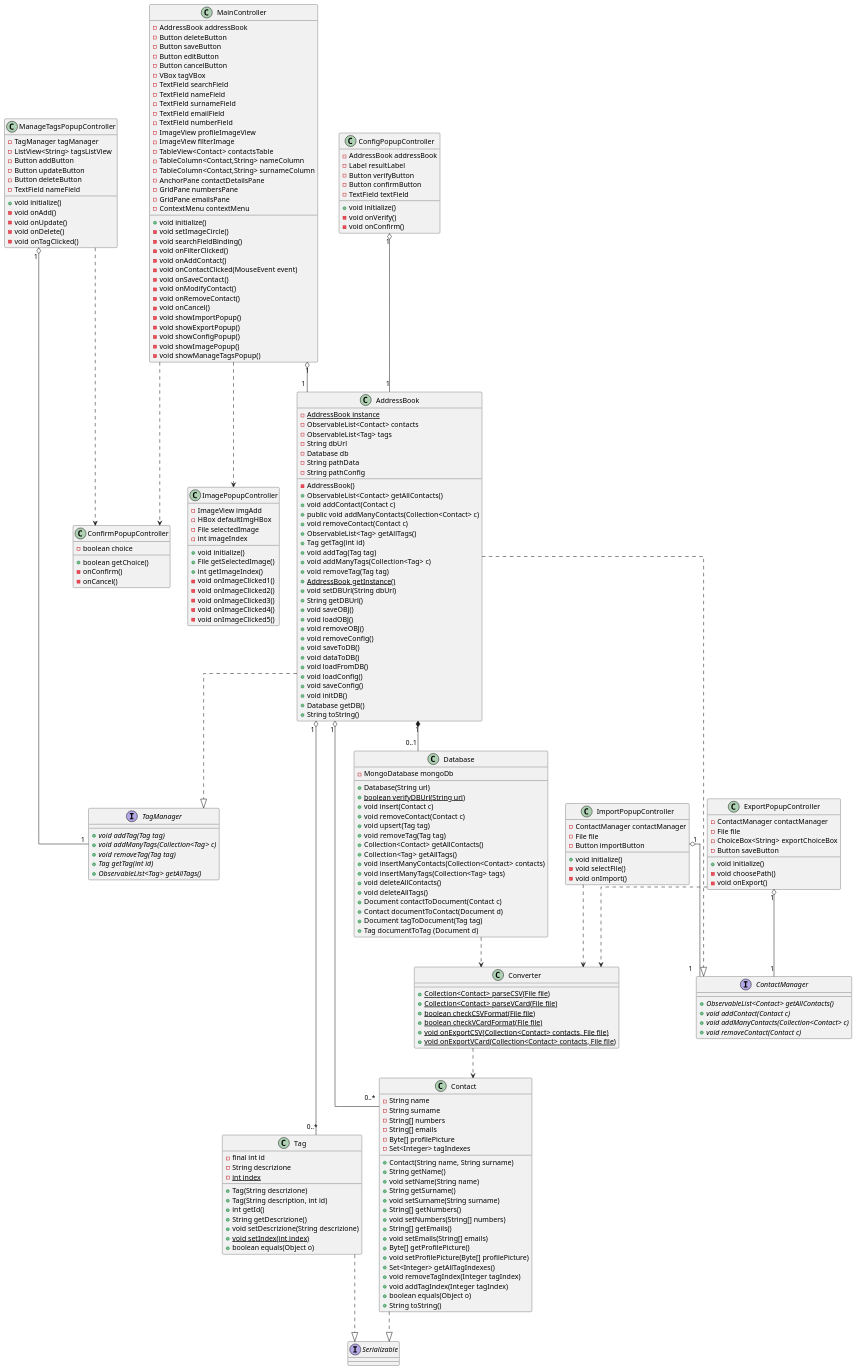
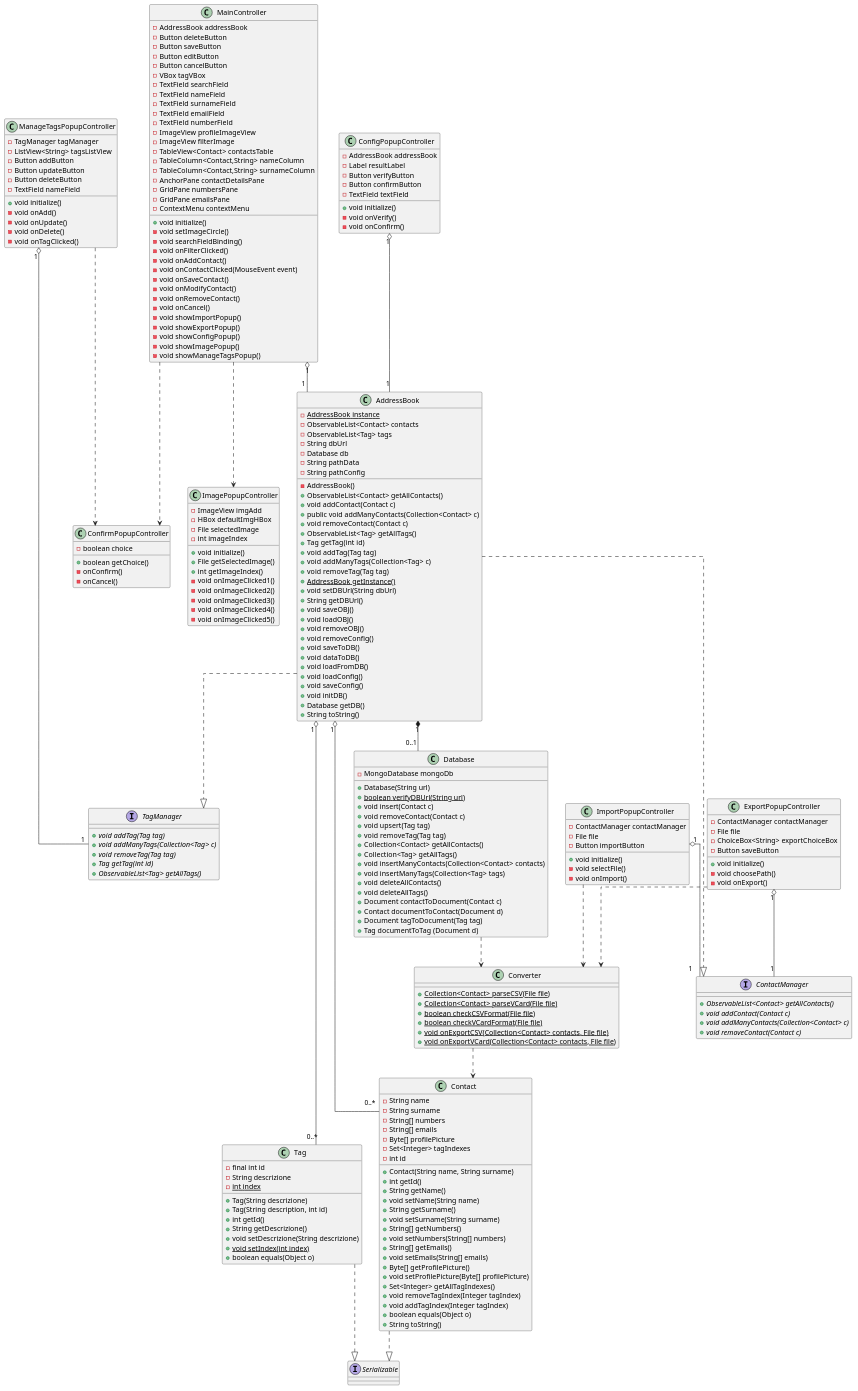
The diagram in documenti/diagrammi di classe/puml/diagrammaClassi.puml (savaava/ProgettoRubrica), drawn with PlantUML before and after one commit. The commit also changed 6 other files, not shown here.

```diff
--- a/documenti/diagrammi di classe/puml/diagrammaClassi.puml
+++ b/documenti/diagrammi di classe/puml/diagrammaClassi.puml
@@ -25,8 +25,10 @@
     - String[] emails
     - Byte[] profilePicture
     - Set<Integer> tagIndexes
+    - int id
 
     + Contact(String name, String surname)
+    + int getId()
     + String getName()
     + void setName(String name)
     + String getSurname()
```
